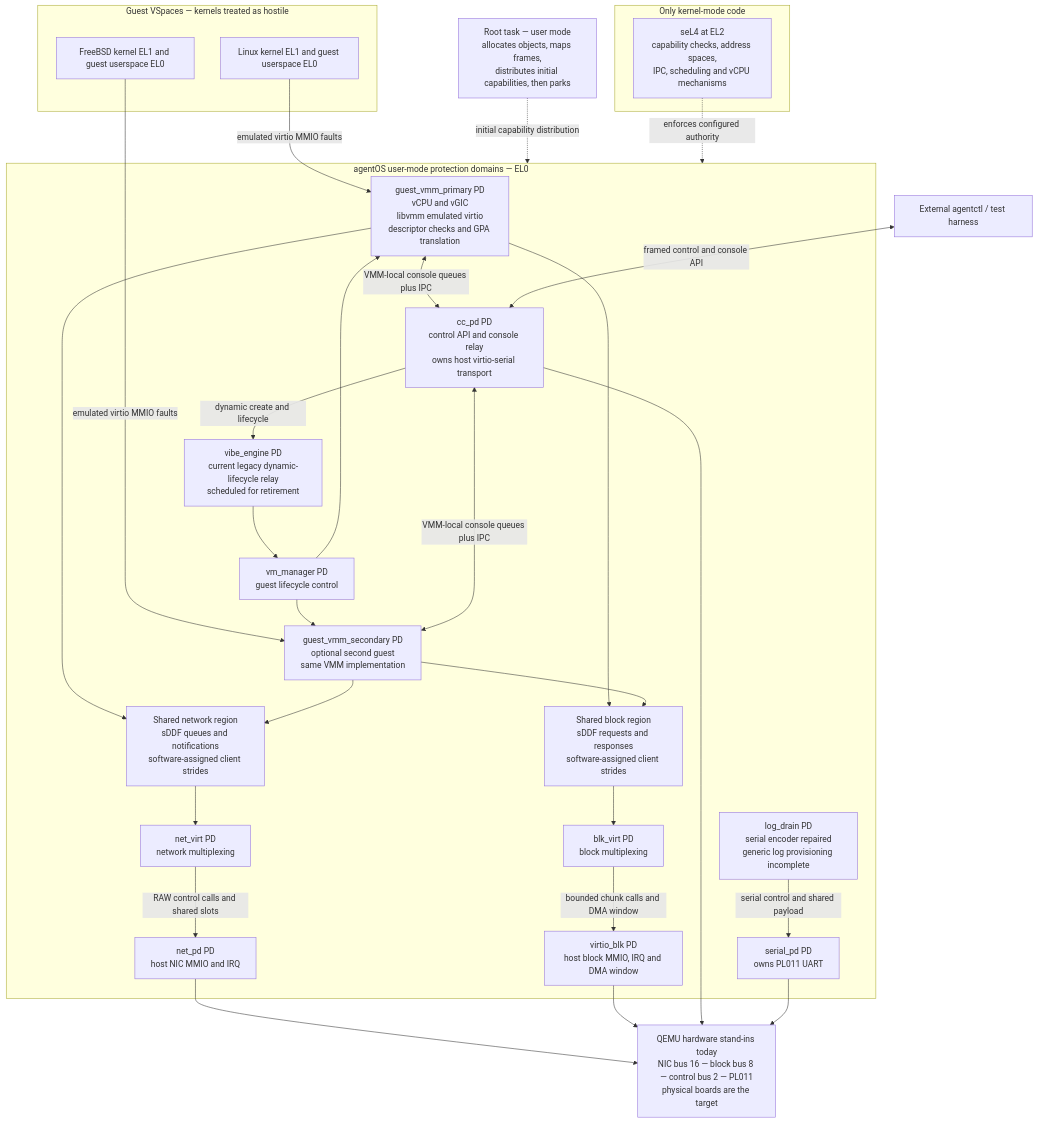
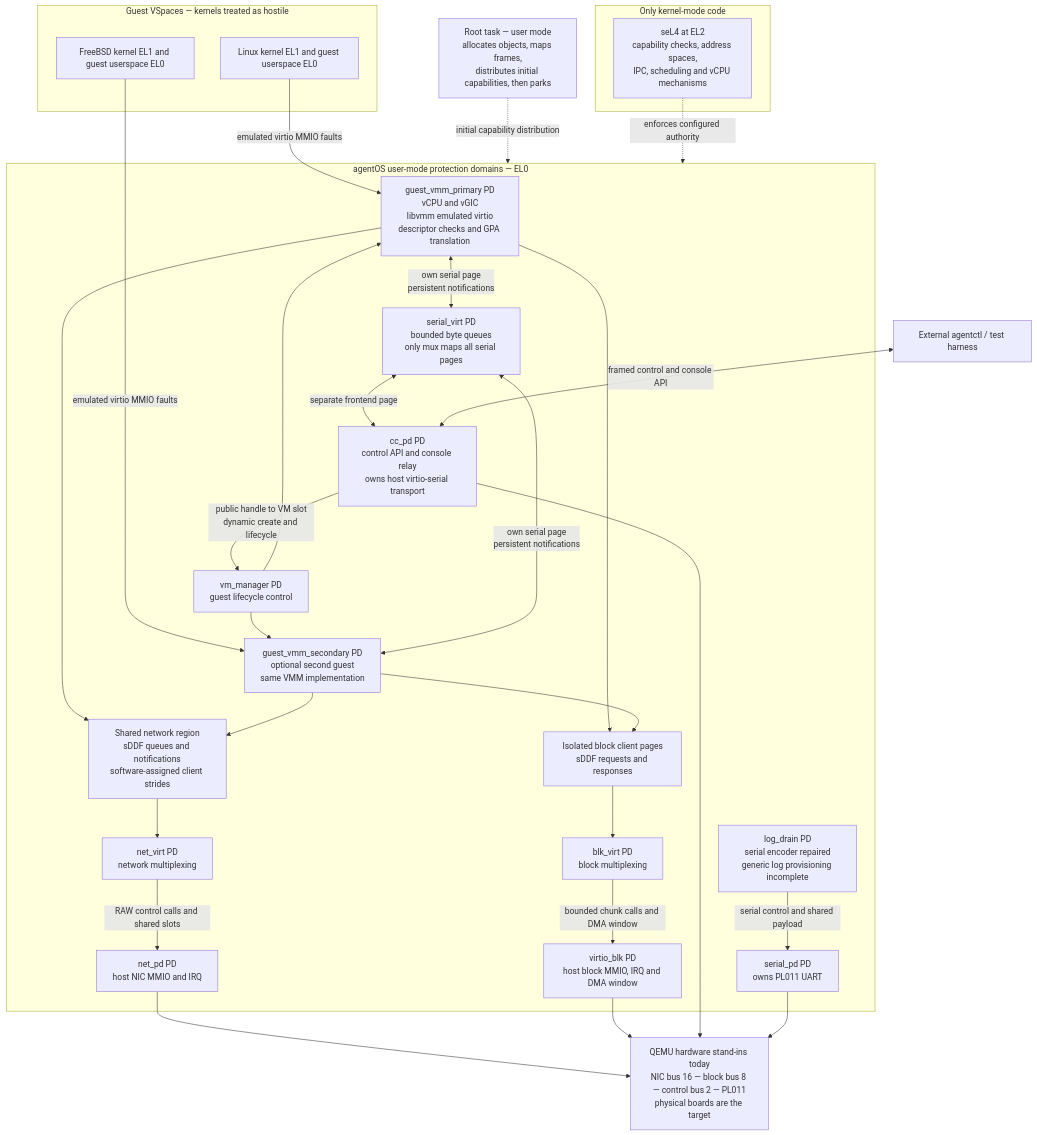
Before and after one commit to jordanhubbard/agentos: the first of 2 diagrams in docs/security-architecture.md, drawn with Mermaid. The commit also changed other lines of this file and 56 other files, not shown here.

````diff
--- a/docs/security-architecture.md
+++ b/docs/security-architecture.md
@@ -15,52 +15,52 @@
 ```mermaid
 flowchart TB
   subgraph guests[Guest VSpaces — kernels treated as hostile]
     linux[Linux kernel EL1 and guest userspace EL0]
     freebsd[FreeBSD kernel EL1 and guest userspace EL0]
   end
   subgraph userspace[agentOS user-mode protection domains — EL0]
     primary[guest_vmm_primary PD<br/>vCPU and vGIC<br/>libvmm emulated virtio<br/>descriptor checks and GPA translation]
     secondary[guest_vmm_secondary PD<br/>optional second guest<br/>same VMM implementation]
     netq[Shared network region<br/>sDDF queues and notifications<br/>software-assigned client strides]
-    blkq[Shared block region<br/>sDDF requests and responses<br/>software-assigned client strides]
+    blkq[Isolated block client pages<br/>sDDF requests and responses]
     nv[net_virt PD<br/>network multiplexing]
     bv[blk_virt PD<br/>block multiplexing]
+    sv[serial_virt PD<br/>bounded byte queues<br/>only mux maps all serial pages]
     nd[net_pd PD<br/>host NIC MMIO and IRQ]
     bd[virtio_blk PD<br/>host block MMIO, IRQ and DMA window]
     cc[cc_pd PD<br/>control API and console relay<br/>owns host virtio-serial transport]
-    legacy[vibe_engine PD<br/>current legacy dynamic-lifecycle relay<br/>scheduled for retirement]
     manager[vm_manager PD<br/>guest lifecycle control]
     serial[serial_pd PD<br/>owns PL011 UART]
     logs[log_drain PD<br/>serial encoder repaired<br/>generic log provisioning incomplete]
   end
   subgraph kernel[Only kernel-mode code]
     sel4[seL4 at EL2<br/>capability checks, address spaces,<br/>IPC, scheduling and vCPU mechanisms]
   end
   root[Root task — user mode<br/>allocates objects, maps frames,<br/>distributes initial capabilities, then parks]
   hardware[QEMU hardware stand-ins today<br/>NIC bus 16 — block bus 8 — control bus 2 — PL011<br/>physical boards are the target]
   operator[External agentctl / test harness]
   linux -->|emulated virtio MMIO faults| primary
   freebsd -->|emulated virtio MMIO faults| secondary
   primary --> netq
   secondary --> netq
   primary --> blkq
   secondary --> blkq
   netq --> nv
   blkq --> bv
   nv -->|RAW control calls and shared slots| nd
   bv -->|bounded chunk calls and DMA window| bd
-  primary <-->|VMM-local console queues plus IPC| cc
-  secondary <-->|VMM-local console queues plus IPC| cc
+  primary <-->|own serial page<br/>persistent notifications| sv
+  secondary <-->|own serial page<br/>persistent notifications| sv
+  sv <-->|separate frontend page| cc
   operator <-->|framed control and console API| cc
-  cc -->|dynamic create and lifecycle| legacy
-  legacy --> manager
+  cc -->|public handle to VM slot<br/>dynamic create and lifecycle| manager
   manager --> primary
   manager --> secondary
   logs -->|serial control and shared payload| serial
   nd --> hardware
   bd --> hardware
   cc --> hardware
   serial --> hardware
   root -.->|initial capability distribution| userspace
   sel4 -.->|enforces configured authority| userspace
 ```
````
